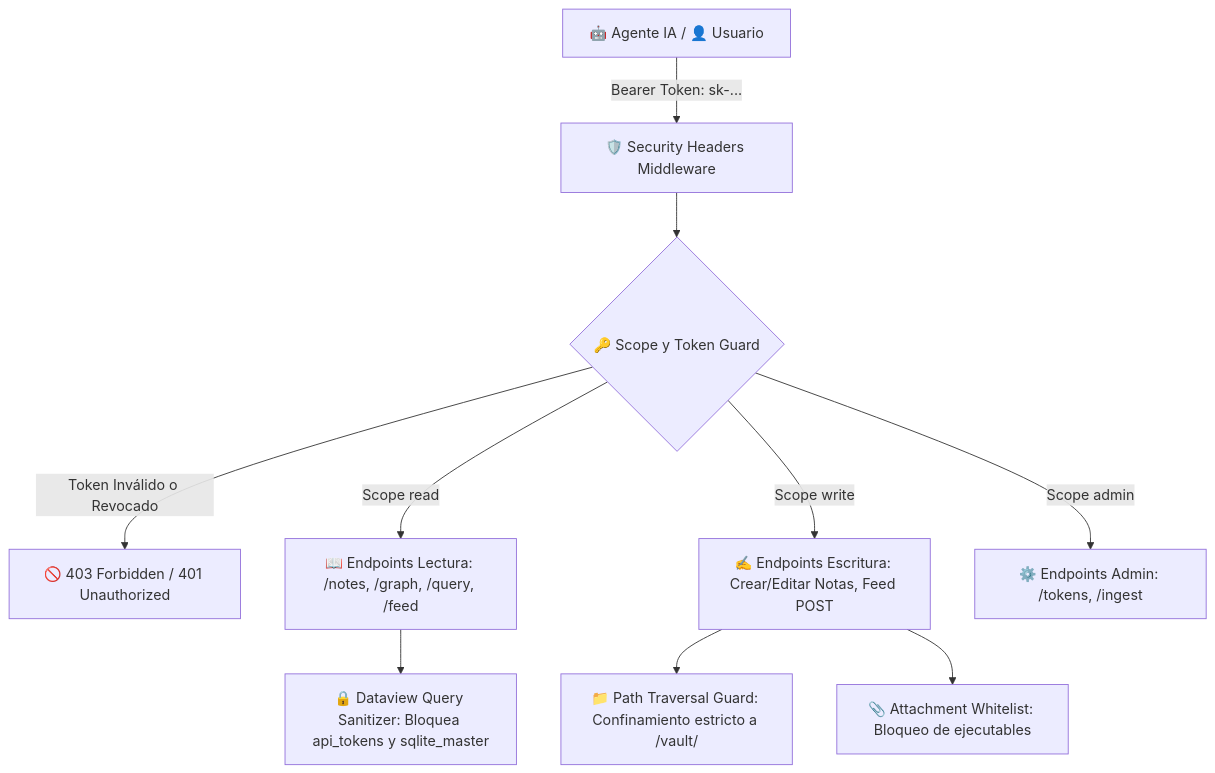
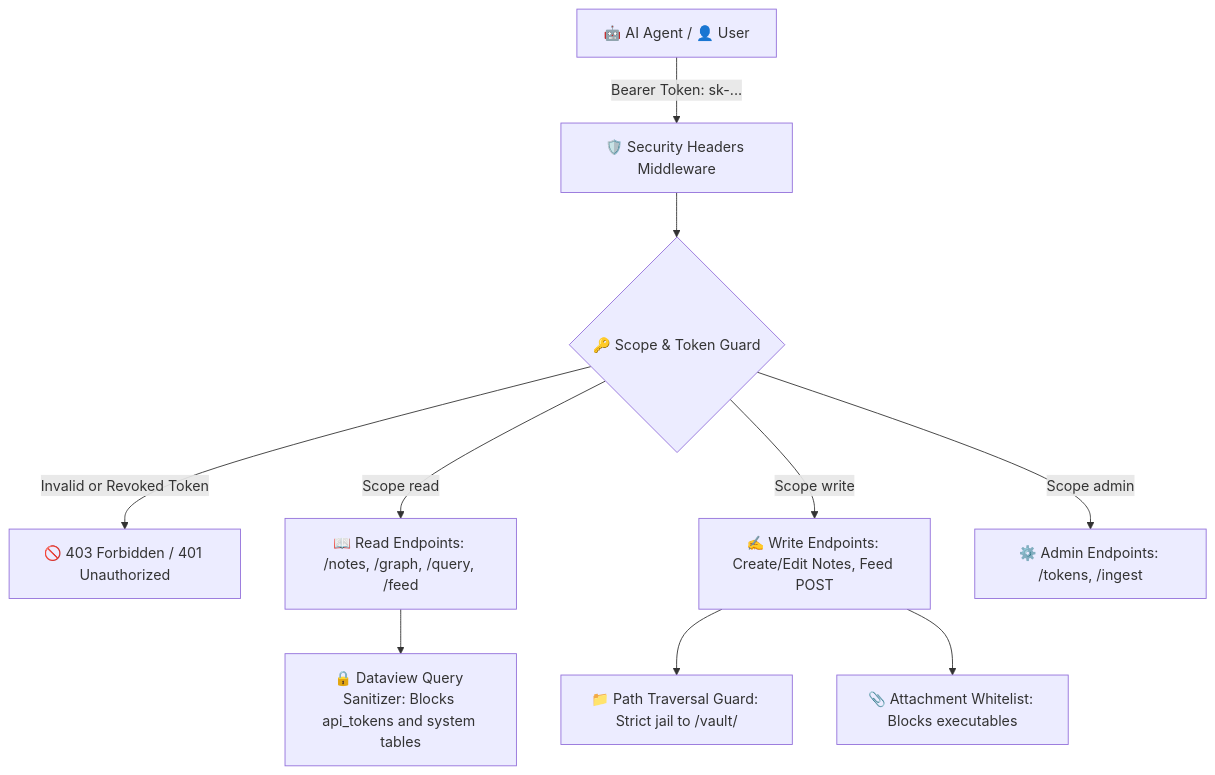
Before and after one commit to MikelCuellar/supramemory: the third of 3 diagrams in README.md, drawn with Mermaid. The commit also changed other lines of this file and 1 other file, not shown here.

````diff
--- a/README.md
+++ b/README.md
@@ -540,14 +542,14 @@
 ```mermaid
 flowchart TD
-    Client["🤖 Agente IA / 👤 Usuario"] -->|"Bearer Token: sk-..."| SecMW["🛡️ Security Headers Middleware"]
-    SecMW --> AuthGuard{"🔑 Scope y Token Guard"}
+    Client["🤖 AI Agent / 👤 User"] -->|"Bearer Token: sk-..."| SecMW["🛡️ Security Headers Middleware"]
+    SecMW --> AuthGuard{"🔑 Scope & Token Guard"}
     
-    AuthGuard -->|"Token Inválido o Revocado"| Block403["🚫 403 Forbidden / 401 Unauthorized"]
-    AuthGuard -->|"Scope read"| ReadOnly["📖 Endpoints Lectura: /notes, /graph, /query, /feed"]
-    AuthGuard -->|"Scope write"| WriteAccess["✍️ Endpoints Escritura: Crear/Editar Notas, Feed POST"]
-    AuthGuard -->|"Scope admin"| AdminAccess["⚙️ Endpoints Admin: /tokens, /ingest"]
+    AuthGuard -->|"Invalid or Revoked Token"| Block403["🚫 403 Forbidden / 401 Unauthorized"]
+    AuthGuard -->|"Scope read"| ReadOnly["📖 Read Endpoints: /notes, /graph, /query, /feed"]
+    AuthGuard -->|"Scope write"| WriteAccess["✍️ Write Endpoints: Create/Edit Notes, Feed POST"]
+    AuthGuard -->|"Scope admin"| AdminAccess["⚙️ Admin Endpoints: /tokens, /ingest"]
     
-    ReadOnly --> SafeSQL["🔒 Dataview Query Sanitizer: Bloquea api_tokens y sqlite_master"]
-    WriteAccess --> PathGuard["📁 Path Traversal Guard: Confinamiento estricto a /vault/"]
-    WriteAccess --> MIMEGuard["📎 Attachment Whitelist: Bloqueo de ejecutables"]
+    ReadOnly --> SafeSQL["🔒 Dataview Query Sanitizer: Blocks api_tokens and system tables"]
+    WriteAccess --> PathGuard["📁 Path Traversal Guard: Strict jail to /vault/"]
+    WriteAccess --> MIMEGuard["📎 Attachment Whitelist: Blocks executables"]
 ```
````
